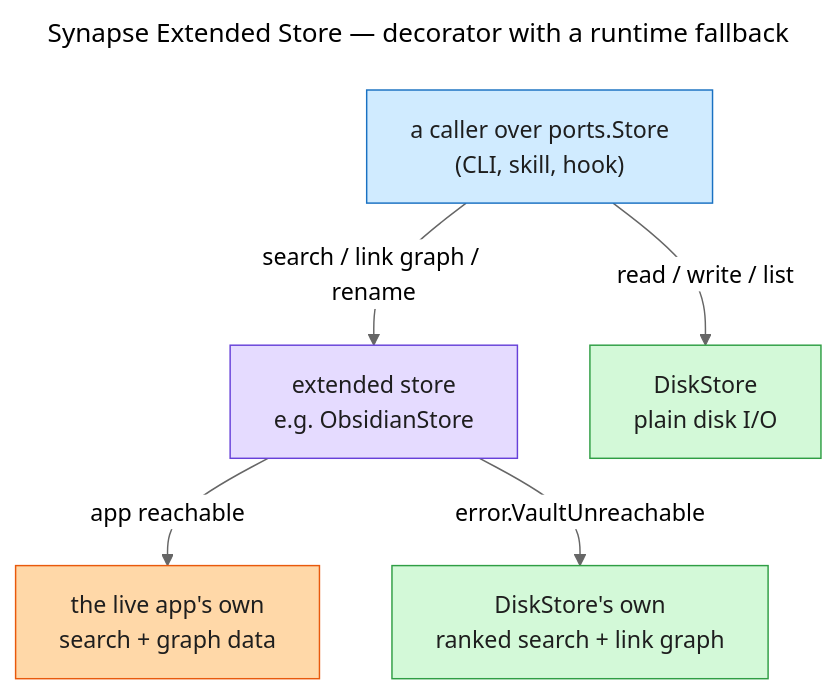
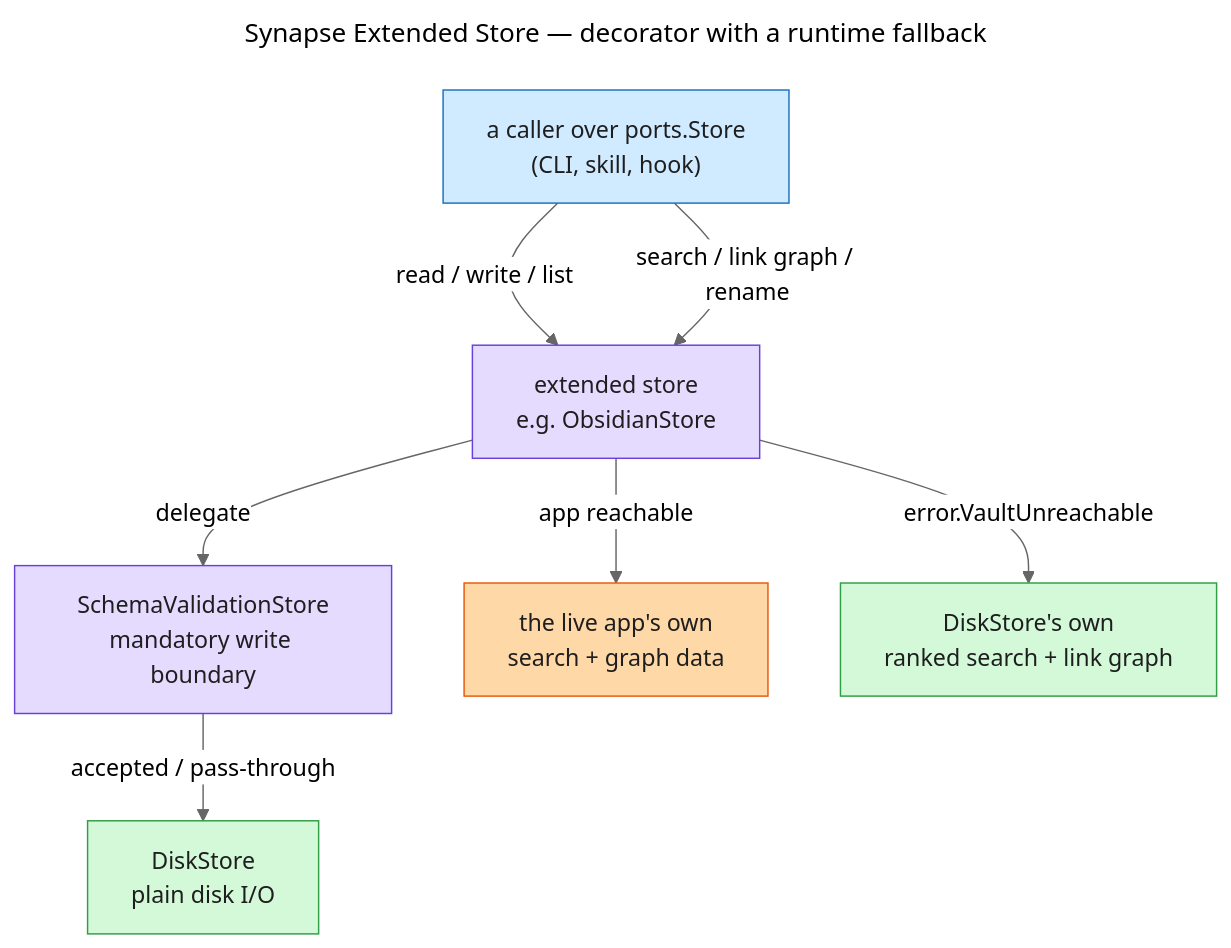
The diagram in docs/synapse/diagrams/synapse-extended-store.mmd (imunitic/synapse), drawn with Mermaid (neutral theme) before and after one commit. The commit also changed 29 other files, not shown here.

First line of the commit message:
feat(synapse): vault note schema validation (v1 DSL, frontmatter/body/checks)

```diff
--- a/docs/synapse/diagrams/synapse-extended-store.mmd
+++ b/docs/synapse/diagrams/synapse-extended-store.mmd
@@ -1,22 +1,25 @@
 ---
 title: Synapse Extended Store — decorator with a runtime fallback
 ---
 flowchart TB
     classDef caller fill:#d0ebff,stroke:#1971c2,color:#1e1e1e
     classDef decorator fill:#e5dbff,stroke:#6741d9,color:#1e1e1e
     classDef live fill:#ffd8a8,stroke:#e8590c,color:#1e1e1e
     classDef disk fill:#d3f9d8,stroke:#2f9e44,color:#1e1e1e
 
     CALLER["a caller over ports.Store<br/>(CLI, skill, hook)"]
     EXT["extended store<br/>e.g. ObsidianStore"]
+    VALIDATE["SchemaValidationStore<br/>mandatory write boundary"]
 
-    CALLER -->|"read / write / list"| DISK1["DiskStore<br/>plain disk I/O"]
+    CALLER -->|"read / write / list"| EXT
+    EXT -->|"delegate"| VALIDATE
+    VALIDATE -->|"accepted / pass-through"| DISK1["DiskStore<br/>plain disk I/O"]
     CALLER -->|"search / link graph / rename"| EXT
 
     EXT -->|"app reachable"| LIVE["the live app's own<br/>search + graph data"]
     EXT -->|"error.VaultUnreachable"| DISK2["DiskStore's own<br/>ranked search + link graph"]
 
     class CALLER caller
-    class EXT decorator
+    class EXT,VALIDATE decorator
     class LIVE live
     class DISK1,DISK2 disk
```
